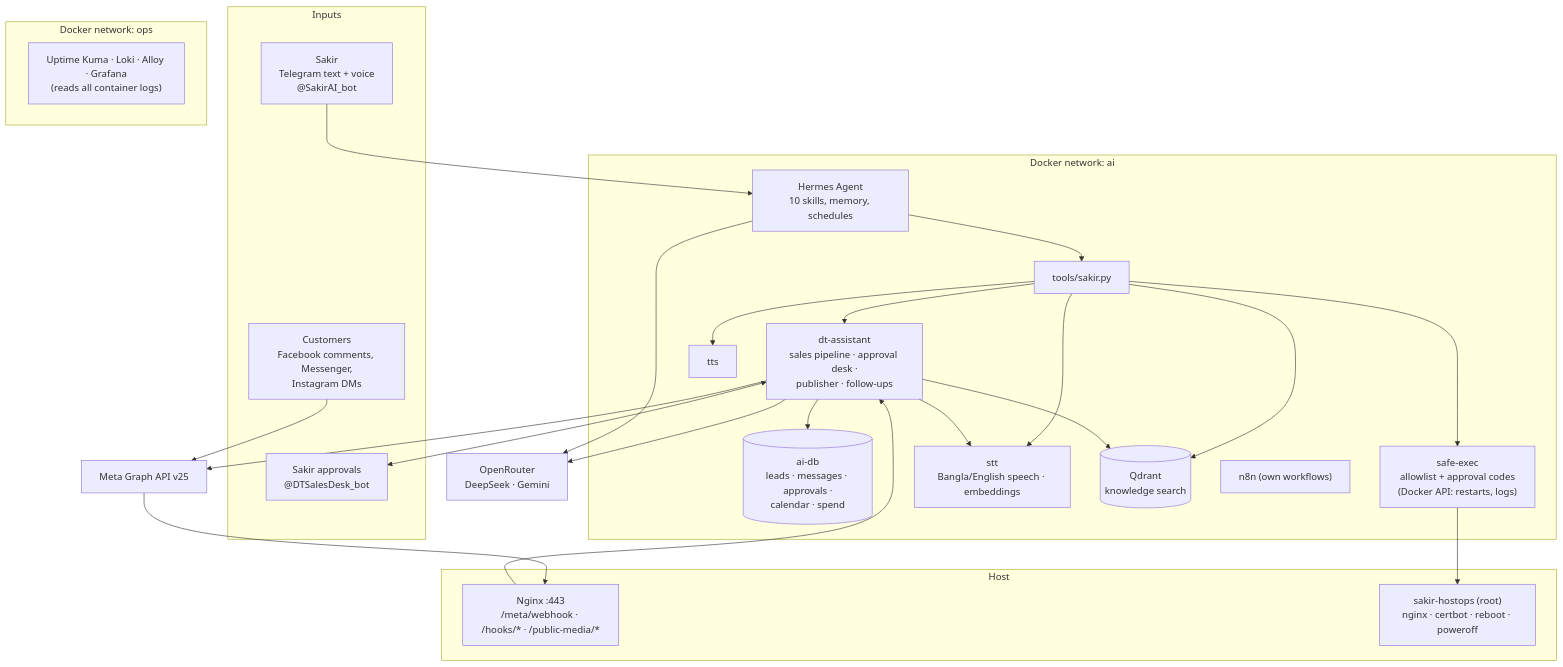
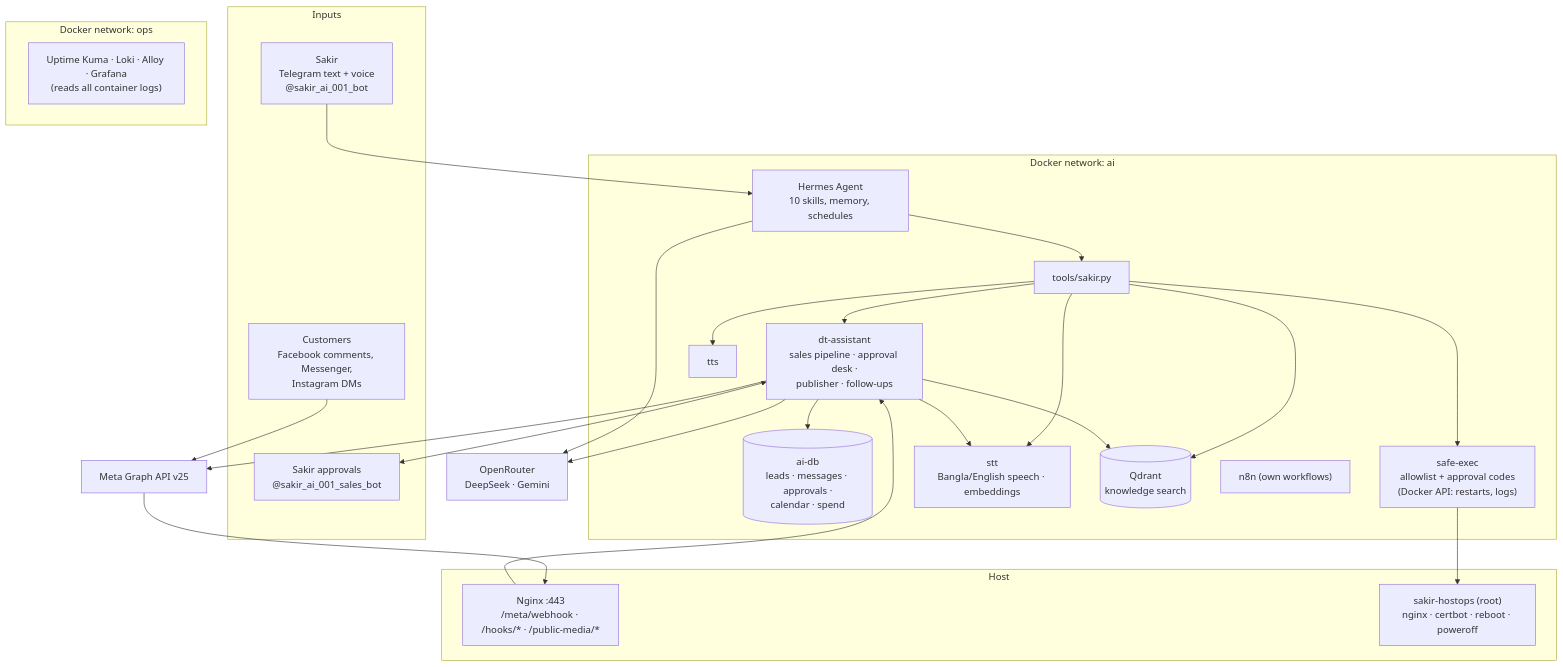
Before and after one commit to sakir-ahmed/sakir-ai-001: the first of 3 diagrams in docs/ARCHITECTURE.md, drawn with Mermaid. The commit also changed other lines of this file and 19 other files, not shown here.

Commit message:
Standardize Telegram bot naming and track safe migration gates

````diff
--- a/docs/ARCHITECTURE.md
+++ b/docs/ARCHITECTURE.md
@@ -17,49 +20,49 @@
 ```mermaid
 flowchart TB
     subgraph IN["Inputs"]
-        S["Sakir<br/>Telegram text + voice<br/>@SakirAI_bot"]
+        S["Sakir<br/>Telegram text + voice<br/>@sakir_ai_001_bot"]
         C["Customers<br/>Facebook comments, Messenger,<br/>Instagram DMs"]
-        SD["Sakir approvals<br/>@DTSalesDesk_bot"]
+        SD["Sakir approvals<br/>@sakir_ai_001_sales_bot"]
     end
 
     subgraph EDGE["Host"]
         NG["Nginx :443<br/>/meta/webhook · /hooks/* · /public-media/*"]
         HR["sakir-hostops (root)<br/>nginx · certbot · reboot · poweroff"]
     end
 
     subgraph AI["Docker network: ai"]
         H["Hermes Agent<br/>10 skills, memory, schedules"]
         T["tools/sakir.py"]
         DT["dt-assistant<br/>sales pipeline · approval desk ·<br/>publisher · follow-ups"]
         DB[("ai-db<br/>leads · messages · approvals ·<br/>calendar · spend")]
         SE["safe-exec<br/>allowlist + approval codes<br/>(Docker API: restarts, logs)"]
         STT["stt<br/>Bangla/English speech · embeddings"]
         TTS["tts"]
         Q[("Qdrant<br/>knowledge search")]
         N8N["n8n (own workflows)"]
     end
 
     subgraph OPS["Docker network: ops"]
         MON["Uptime Kuma · Loki · Alloy · Grafana<br/>(reads all container logs)"]
     end
 
     OR["OpenRouter<br/>DeepSeek · Gemini"]
     META["Meta Graph API v25"]
 
     S --> H
     H --> T
     T --> SE
     T --> DT
     T --> STT
     T --> TTS
     T --> Q
     C --> META --> NG --> DT
     DT <--> SD
     DT --> DB
     DT --> STT
     DT --> Q
     DT --> OR
     DT --> META
     H --> OR
     SE --> HR
 ```
````
